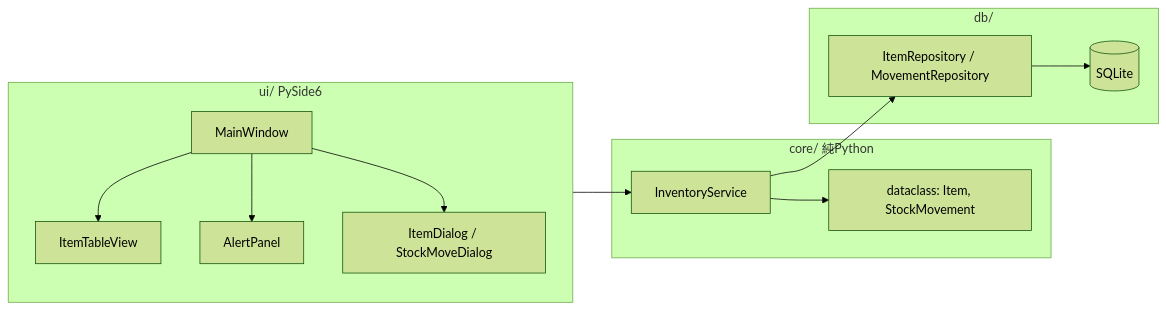
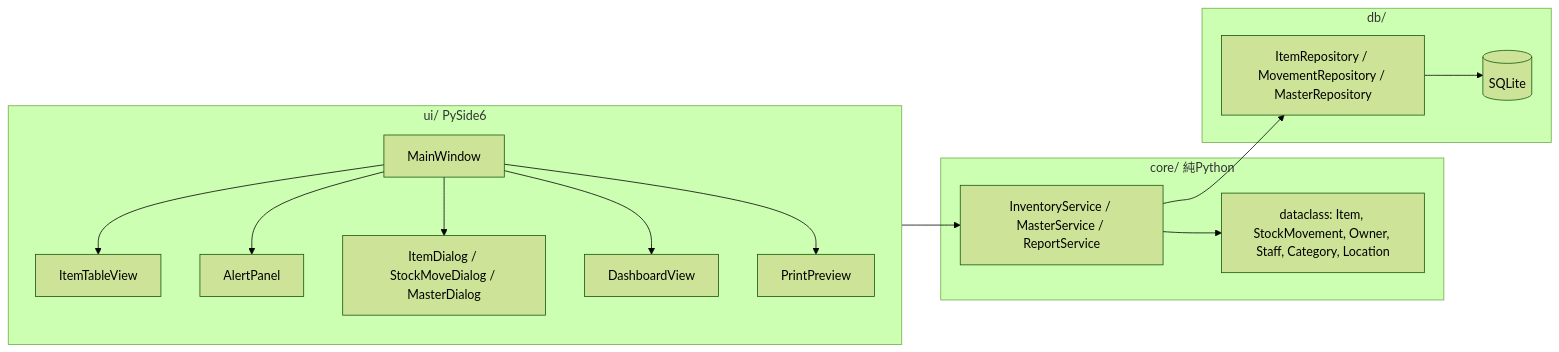
One commit to sho-kawasaki-dd/inventory-management-app changed the diagram in docs/ローカル在庫管理アプリ企画書.md. Above: the diagram before and after it, drawn with Mermaid (forest theme). The commit also changed other lines of this file, not shown here.

Commit message:
Update project proposal and enhance inventory management features

````diff
--- a/docs/ローカル在庫管理アプリ企画書.md
+++ b/docs/ローカル在庫管理アプリ企画書.md
@@ -65,18 +92,20 @@
 ```mermaid
 flowchart LR
     subgraph UI[ui/ PySide6]
         MW[MainWindow] --> IT[ItemTableView]
         MW --> AD[AlertPanel]
-        MW --> DLG[ItemDialog / StockMoveDialog]
+        MW --> DLG[ItemDialog / StockMoveDialog / MasterDialog]
+        MW --> DSB[DashboardView]
+        MW --> PRT[PrintPreview]
     end
     subgraph Core[core/ 純Python]
-        SVC[InventoryService]
-        MODEL[dataclass: Item, StockMovement]
+        SVC[InventoryService / MasterService / ReportService]
+        MODEL[dataclass: Item, StockMovement, Owner, Staff, Category, Location]
     end
     subgraph Data[db/]
-        REPO[ItemRepository / MovementRepository]
+        REPO[ItemRepository / MovementRepository / MasterRepository]
         SQLITE[(SQLite)]
     end
     UI --> SVC --> REPO --> SQLITE
     SVC --> MODEL
 ```
````
